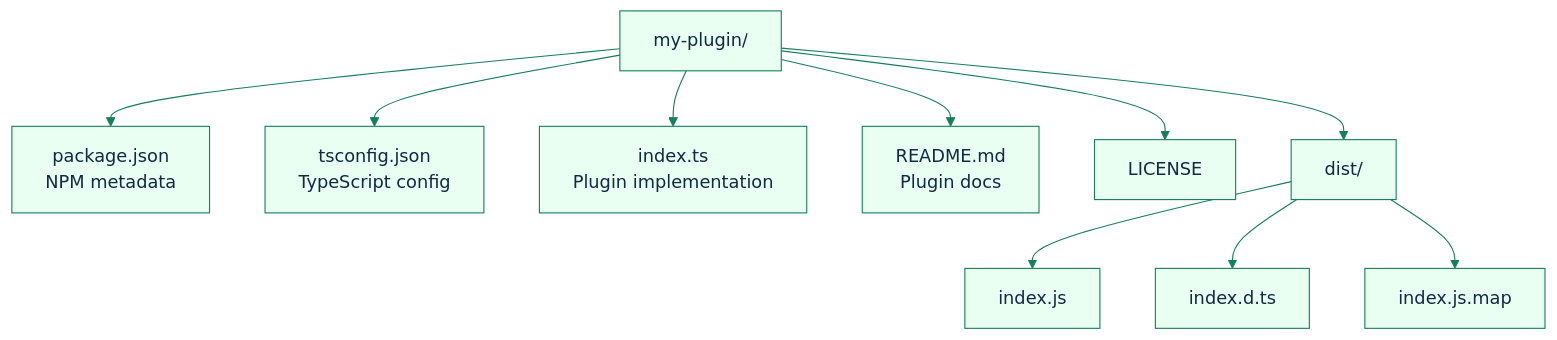
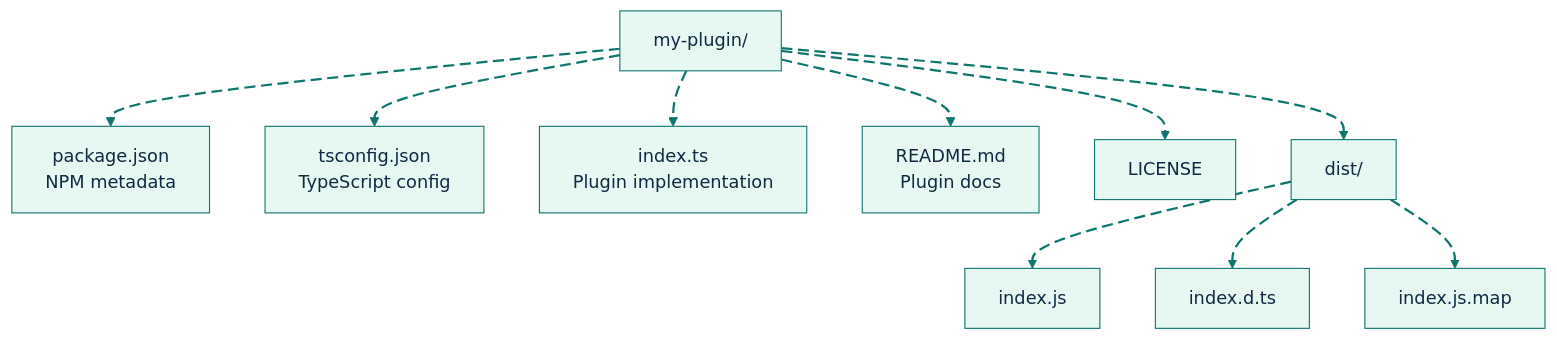
One commit to GlitterKill/sdl-mcp changed the diagram in docs/plugin-sdk-quick-reference.md. Above: the diagram before and after it, drawn with Mermaid. The commit also changed 33 other files, not shown here.

First line of the commit message:
docs: update mermaid diagram themes and styling across documentation

````diff
--- a/docs/plugin-sdk-quick-reference.md
+++ b/docs/plugin-sdk-quick-reference.md
@@ -184,13 +184,22 @@
 ```mermaid
-%%{init: {"theme":"base","themeVariables":{"primaryColor":"#e8fff1","primaryBorderColor":"#157f5b","primaryTextColor":"#102a43","secondaryColor":"#eef6ff","secondaryBorderColor":"#2563eb","tertiaryColor":"#fff4d6","tertiaryBorderColor":"#b45309","lineColor":"#157f5b","fontFamily":"Trebuchet MS, Arial"},"flowchart":{"curve":"basis"}}}%%
+%%{init: {"theme":"base","themeVariables":{"background":"#ffffff","primaryColor":"#E7F8F2","primaryBorderColor":"#0F766E","primaryTextColor":"#102A43","secondaryColor":"#E8F1FF","secondaryBorderColor":"#2563EB","secondaryTextColor":"#102A43","tertiaryColor":"#FFF4D6","tertiaryBorderColor":"#B45309","tertiaryTextColor":"#102A43","lineColor":"#0F766E","textColor":"#102A43","fontFamily":"Inter, ui-sans-serif, system-ui, -apple-system, BlinkMacSystemFont, Segoe UI, sans-serif"},"flowchart":{"curve":"basis","htmlLabels":true}}}%%
 flowchart TD
-    Root["my-plugin/"] --> Package["package.json<br/>NPM metadata"]
-    Root --> TSConfig["tsconfig.json<br/>TypeScript config"]
-    Root --> Entry["index.ts<br/>Plugin implementation"]
-    Root --> Readme["README.md<br/>Plugin docs"]
-    Root --> License["LICENSE"]
-    Root --> Dist["dist/"]
-    Dist --> JS["index.js"]
-    Dist --> DTS["index.d.ts"]
-    Dist --> Map["index.js.map"]
+    Root["my-plugin/"] e1@--> Package["package.json<br/>NPM metadata"]
+    Root e2@--> TSConfig["tsconfig.json<br/>TypeScript config"]
+    Root e3@--> Entry["index.ts<br/>Plugin implementation"]
+    Root e4@--> Readme["README.md<br/>Plugin docs"]
+    Root e5@--> License["LICENSE"]
+    Root e6@--> Dist["dist/"]
+    Dist e7@--> JS["index.js"]
+    Dist e8@--> DTS["index.d.ts"]
+    Dist e9@--> Map["index.js.map"]
+
+    classDef source fill:#E7F8F2,stroke:#0F766E,stroke-width:2px,color:#102A43;
+    classDef process fill:#E8F1FF,stroke:#2563EB,stroke-width:2px,color:#102A43;
+    classDef decision fill:#FFF4D6,stroke:#B45309,stroke-width:2px,color:#102A43;
+    classDef storage fill:#F2E8FF,stroke:#7C3AED,stroke-width:2px,color:#102A43;
+    classDef output fill:#FFE8EF,stroke:#BE123C,stroke-width:2px,color:#102A43;
+    classDef muted fill:#F8FAFC,stroke:#64748B,stroke-width:1px,color:#102A43;
+    classDef animate stroke:#0F766E,stroke-width:2px,stroke-dasharray:10\,5,stroke-dashoffset:900,animation:dash 22s linear infinite;
+    class e1,e2,e3,e4,e5,e6,e7,e8,e9 animate;
 ```
````
